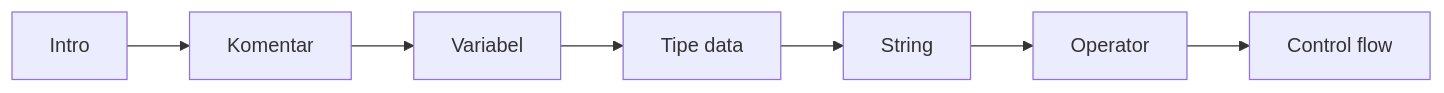
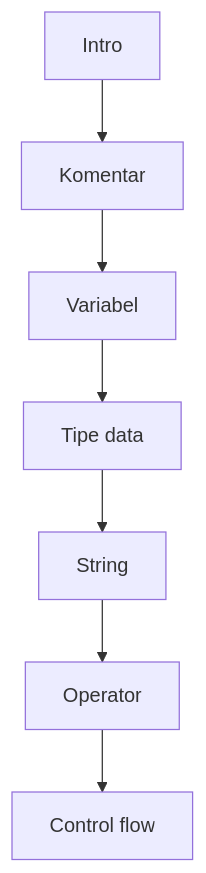
Before and after one commit to petrushandika/Bioinformatics: the diagram in Python/README.md, drawn with Mermaid. The commit also changed other lines of this file and 29 other files, not shown here.

````diff
--- a/Python/README.md
+++ b/Python/README.md
@@ -9,5 +11,5 @@
 ```mermaid
-flowchart LR
+flowchart TD
     A["Intro"] --> B["Komentar"] --> C["Variabel"]
     C --> D["Tipe data"] --> E["String"] --> F["Operator"] --> G["Control flow"]
 ```
````
